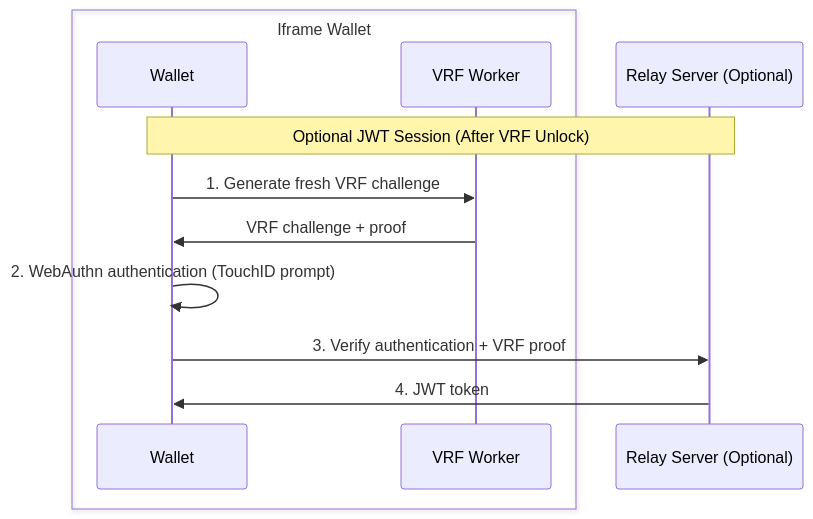
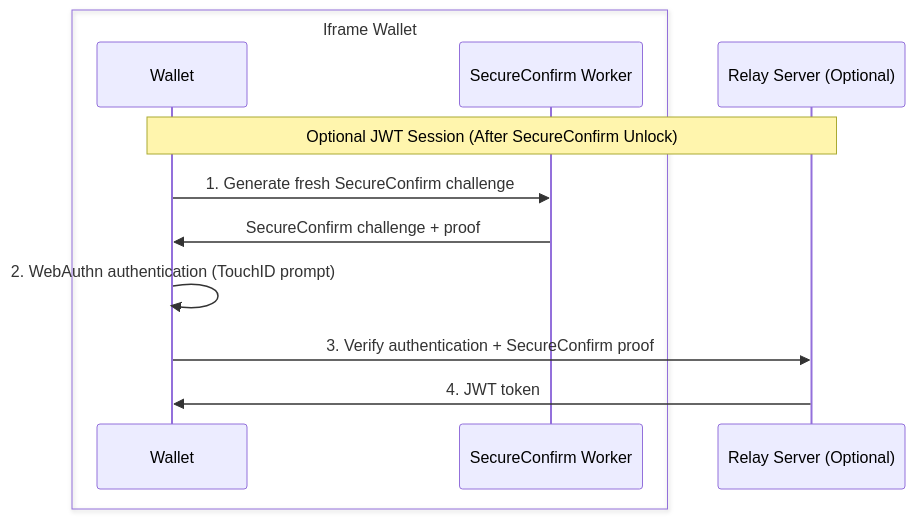
One commit to peitalin/simple-threshold-signer changed the fourth of 5 diagrams in examples/tatchi-docs/src/docs/concepts/architecture.md. Above: the diagram before and after it, drawn with Mermaid. The commit also changed other lines of this file and 242 other files, not shown here.

````diff
--- a/examples/tatchi-docs/src/docs/concepts/architecture.md
+++ b/examples/tatchi-docs/src/docs/concepts/architecture.md
@@ -148,15 +148,15 @@
 ```mermaid
 sequenceDiagram
     box Iframe Wallet
     participant Wallet as Wallet
-    participant Worker as VRF Worker
+    participant Worker as SecureConfirm Worker
     end
     participant Relay as Relay Server (Optional)
 
-    Note over Wallet,Relay: Optional JWT Session (After VRF Unlock)
-    Wallet->>Worker: 1. Generate fresh VRF challenge
-    Worker->>Wallet: VRF challenge + proof
+    Note over Wallet,Relay: Optional JWT Session (After SecureConfirm Unlock)
+    Wallet->>Worker: 1. Generate fresh SecureConfirm challenge
+    Worker->>Wallet: SecureConfirm challenge + proof
     Wallet->>Wallet: 2. WebAuthn authentication (TouchID prompt)
-    Wallet->>Relay: 3. Verify authentication + VRF proof
+    Wallet->>Relay: 3. Verify authentication + SecureConfirm proof
     Relay->>Wallet: 4. JWT token
 ```
````
